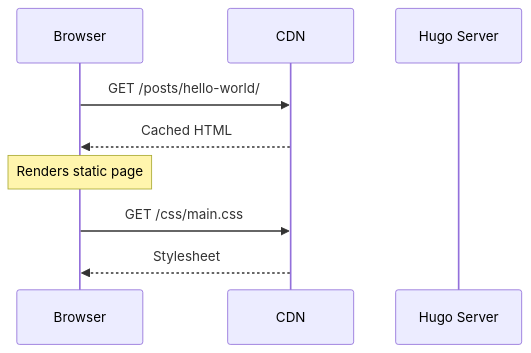
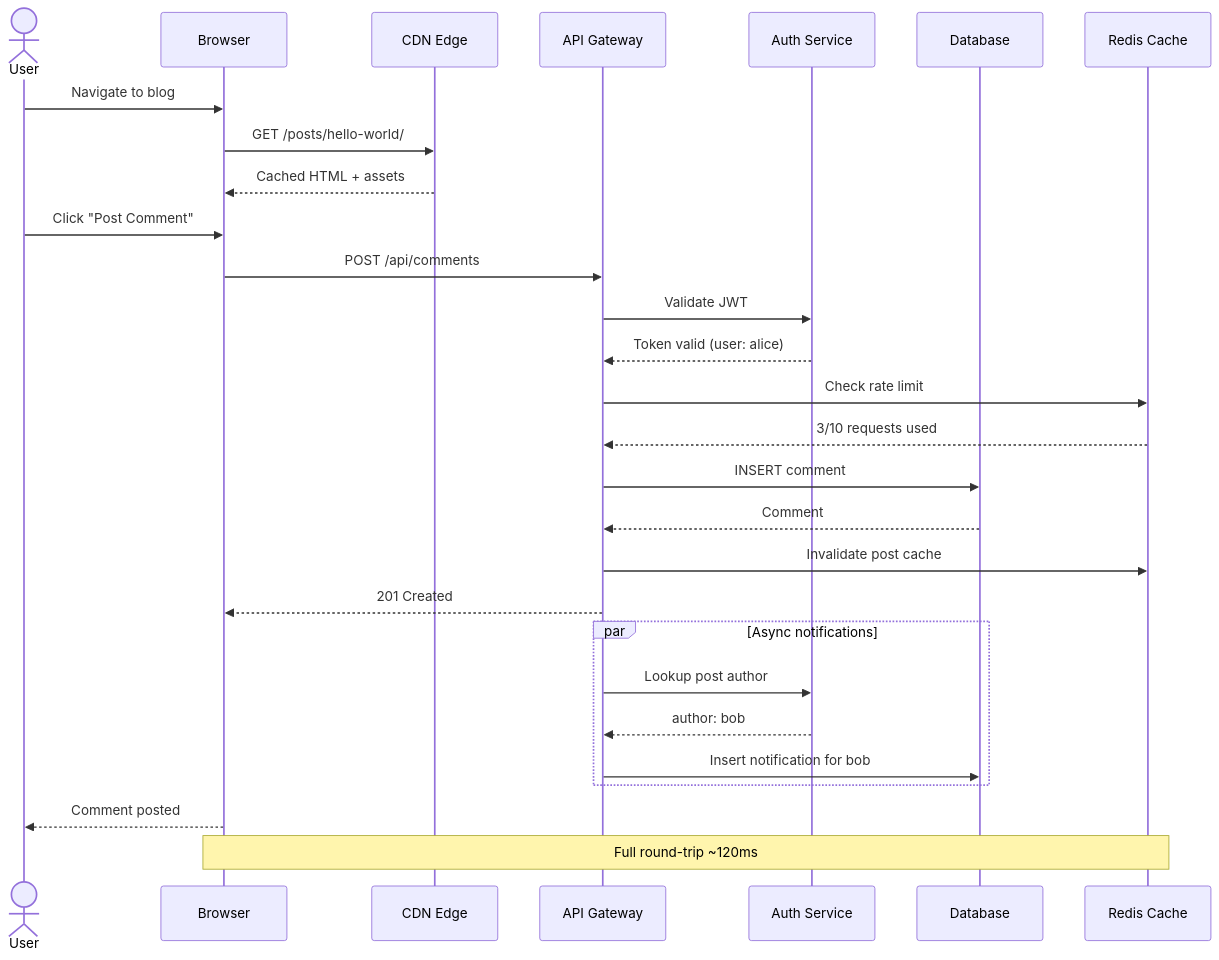
Before and after one commit to absolutepraya/blog: the second of 9 diagrams in content/posts/hello-world.md, drawn with Mermaid. The commit also changed other lines of this file and 2 other files, not shown here.

First line of the commit message:
Align Mermaid theming to beautiful-mermaid Solarized palette

````diff
--- a/content/posts/hello-world.md
+++ b/content/posts/hello-world.md
@@ -163,12 +192,37 @@
 ```mermaid
 sequenceDiagram
+    actor U as User
     participant B as Browser
-    participant C as CDN
-    participant S as Hugo Server
+    participant CDN as CDN Edge
+    participant API as API Gateway
+    participant Auth as Auth Service
+    participant DB as Database
+    participant Cache as Redis Cache
 
-    B->>C: GET /posts/hello-world/
-    C-->>B: Cached HTML
-    Note over B: Renders static page
-    B->>C: GET /css/main.css
-    C-->>B: Stylesheet
+    U->>B: Navigate to blog
+    B->>CDN: GET /posts/hello-world/
+    CDN-->>B: Cached HTML + assets
+
+    U->>B: Click "Post Comment"
+    B->>API: POST /api/comments
+    API->>Auth: Validate JWT
+    Auth-->>API: Token valid (user: alice)
+
+    API->>Cache: Check rate limit
+    Cache-->>API: 3/10 requests used
+
+    API->>DB: INSERT comment
+    DB-->>API: Comment #482 created
+
+    API->>Cache: Invalidate post cache
+    API-->>B: 201 Created
+
+    par Async notifications
+        API->>Auth: Lookup post author
+        Auth-->>API: author: bob
+        API->>DB: Insert notification for bob
+    end
+
+    B-->>U: Comment posted
+    Note over B,Cache: Full round-trip ~120ms
 ```
````
